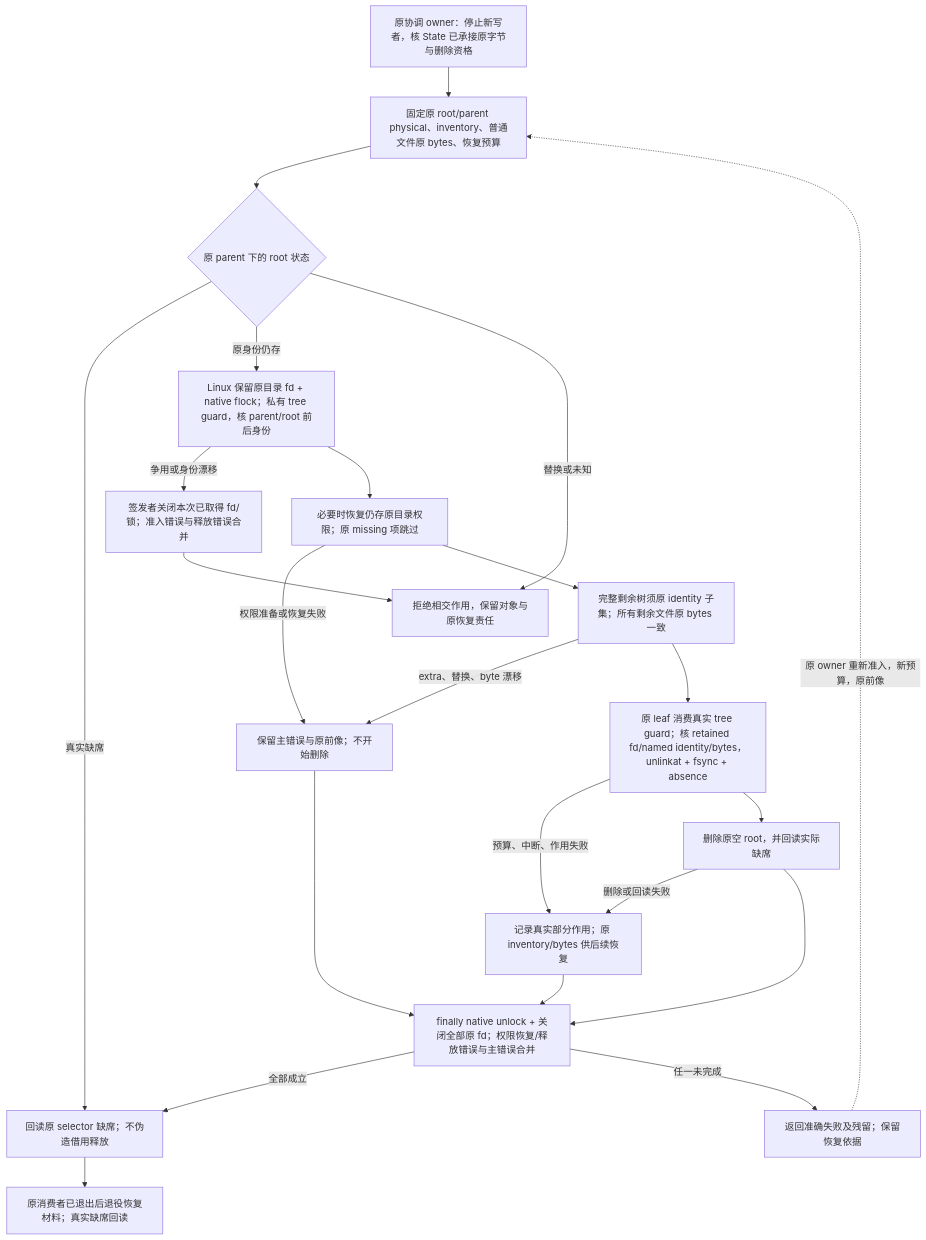
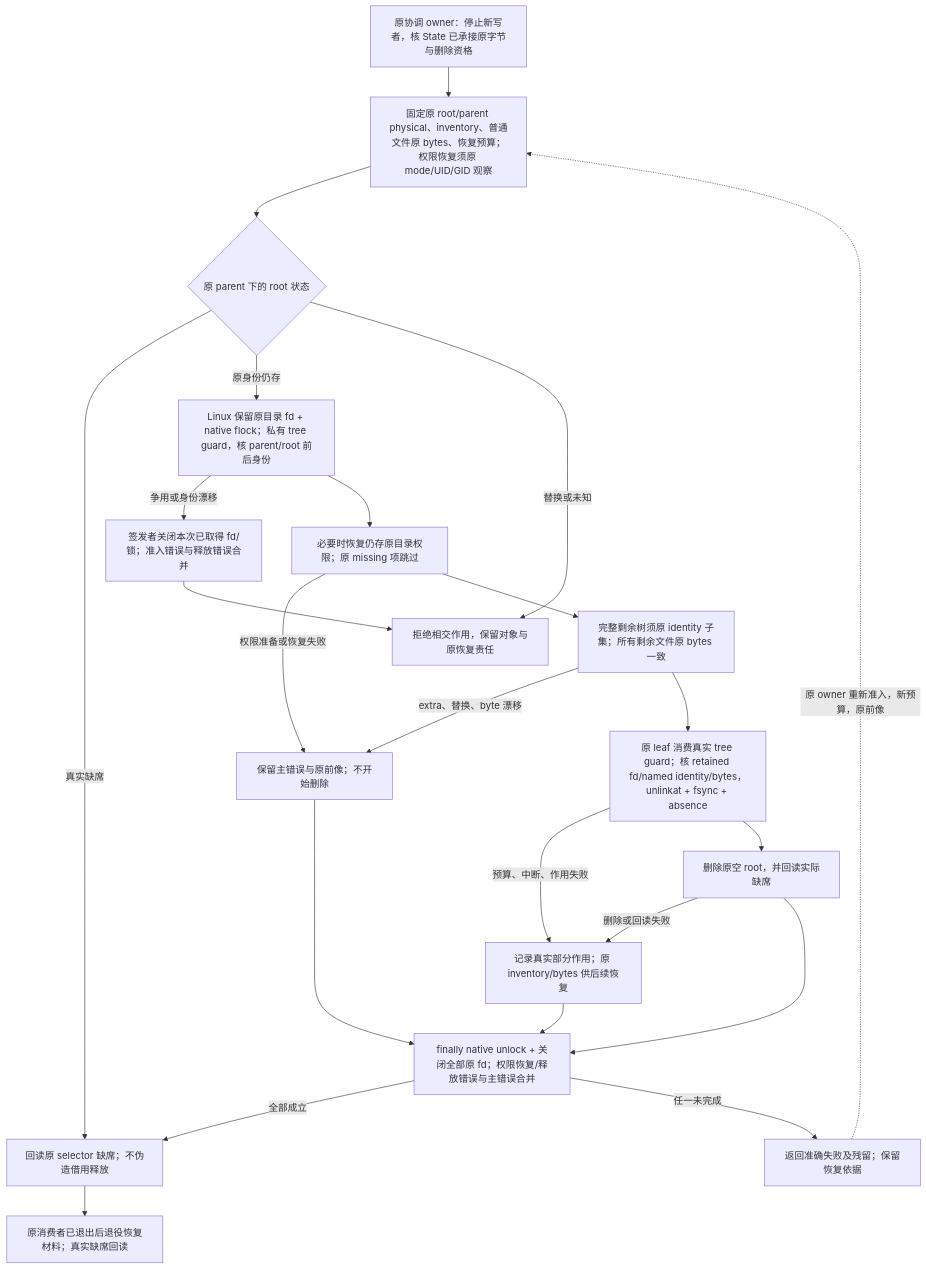
One commit to sec-platform/sec changed the fifth of 7 diagrams in docs/开发/仓库维护/Git冻结与资源退役.md. Above: the diagram before and after it, drawn with Mermaid. The commit also changed other lines of this file and 2 other files, not shown here.

Commit message:
Retain the engine input fd and acquire original permission preimages

````diff
--- a/docs/开发/仓库维护/Git冻结与资源退役.md
+++ b/docs/开发/仓库维护/Git冻结与资源退役.md
@@ -203,25 +203,25 @@
 ```mermaid
 flowchart TD
-  owner["原协调 owner：停止新写者，核 State 已承接原字节与删除资格"] --> original["固定原 root/parent physical、inventory、普通文件原 bytes、恢复预算"]
+  owner["原协调 owner：停止新写者，核 State 已承接原字节与删除资格"] --> original["固定原 root/parent physical、inventory、普通文件原 bytes、恢复预算；权限恢复须原 mode/UID/GID 观察"]
   original --> named{"原 parent 下的 root 状态"}
   named -->|真实缺席| absent["回读原 selector 缺席；不伪造借用释放"]
   named -->|原身份仍存| retain["Linux 保留原目录 fd + native flock；私有 tree guard，核 parent/root 前后身份"]
   named -->|替换或未知| refuse["拒绝相交作用，保留对象与原恢复责任"]
   retain -->|争用或身份漂移| admission_cleanup["签发者关闭本次已取得 fd/锁；准入错误与释放错误合并"]
   admission_cleanup --> refuse
   retain --> modes["必要时恢复仍存原目录权限；原 missing 项跳过"]
   modes -->|权限准备或恢复失败| failed
   modes --> preflight["完整剩余树须原 identity 子集；所有剩余文件原 bytes 一致"]
   preflight -->|extra、替换、byte 漂移| failed["保留主错误与原前像；不开始删除"]
   preflight --> leaves["原 leaf 消费真实 tree guard；核 retained fd/named identity/bytes，unlinkat + fsync + absence"]
   leaves -->|预算、中断、作用失败| partial["记录真实部分作用；原 inventory/bytes 供后续恢复"]
   leaves --> root["删除原空 root，并回读实际缺席"]
   root -->|删除或回读失败| partial
   root --> release["finally native unlock + 关闭全部原 fd；权限恢复/释放错误与主错误合并"]
   failed --> release
   partial --> release
   release -->|全部成立| absent
   release -->|任一未完成| pending["返回准确失败及残留；保留恢复依据"]
   pending -.->|原 owner 重新准入，新预算，原前像| original
   absent --> retire["原消费者已退出后退役恢复材料；真实缺席回读"]
 ```
````
